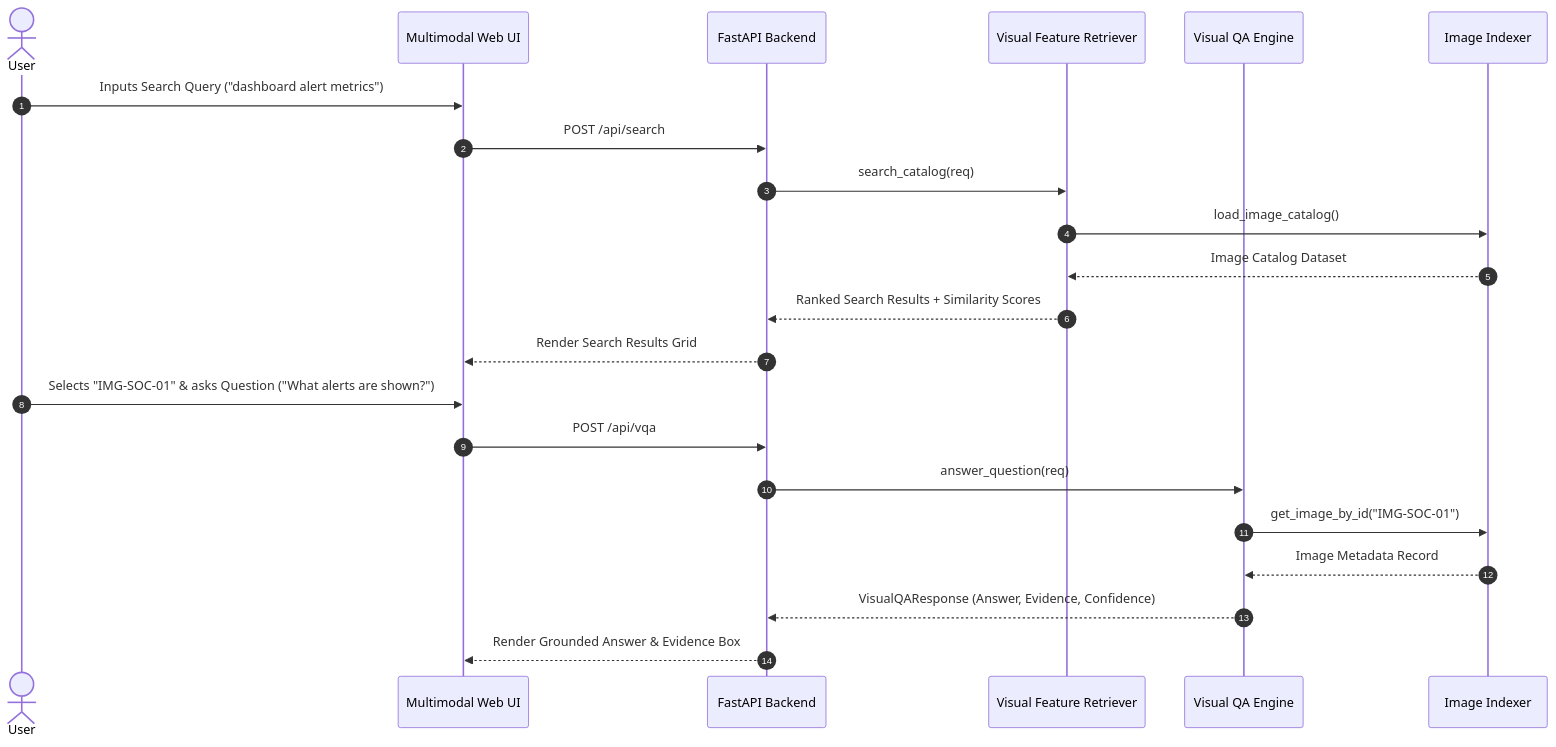
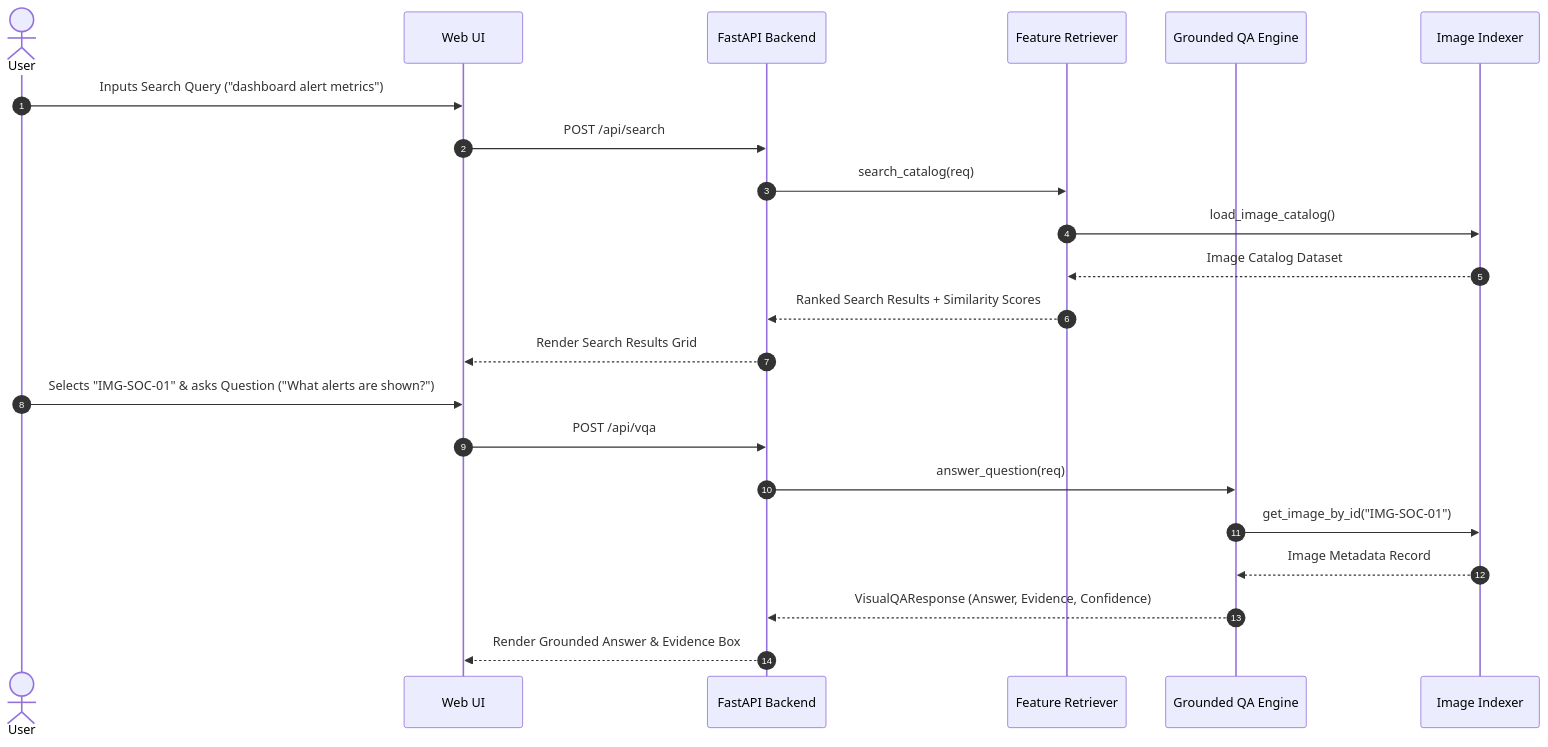
One commit to Vaishnav53/Applied-Agentic-AI-Lab-Experiments changed the second of 2 diagrams in experiment-08-visual-qa/README.md. Above: the diagram before and after it, drawn with Mermaid. The commit also changed other lines of this file and 74 other files, not shown here.

````diff
--- a/experiment-08-visual-qa/README.md
+++ b/experiment-08-visual-qa/README.md
@@ -75,25 +77,25 @@
 ```mermaid
 sequenceDiagram
     autonumber
     actor User
-    participant UI as Multimodal Web UI
+    participant UI as Web UI
     participant API as FastAPI Backend
-    participant Ret as Visual Feature Retriever
-    participant VQA as Visual QA Engine
+    participant Ret as Feature Retriever
+    participant QA as Grounded QA Engine
     participant Ind as Image Indexer
 
     User->>UI: Inputs Search Query ("dashboard alert metrics")
     UI->>API: POST /api/search
     API->>Ret: search_catalog(req)
     Ret->>Ind: load_image_catalog()
     Ind-->>Ret: Image Catalog Dataset
     Ret-->>API: Ranked Search Results + Similarity Scores
     API-->>UI: Render Search Results Grid
     User->>UI: Selects "IMG-SOC-01" & asks Question ("What alerts are shown?")
     UI->>API: POST /api/vqa
-    API->>VQA: answer_question(req)
-    VQA->>Ind: get_image_by_id("IMG-SOC-01")
-    Ind-->>VQA: Image Metadata Record
-    VQA-->>API: VisualQAResponse (Answer, Evidence, Confidence)
+    API->>QA: answer_question(req)
+    QA->>Ind: get_image_by_id("IMG-SOC-01")
+    Ind-->>QA: Image Metadata Record
+    QA-->>API: VisualQAResponse (Answer, Evidence, Confidence)
     API-->>UI: Render Grounded Answer & Evidence Box
 ```
````
